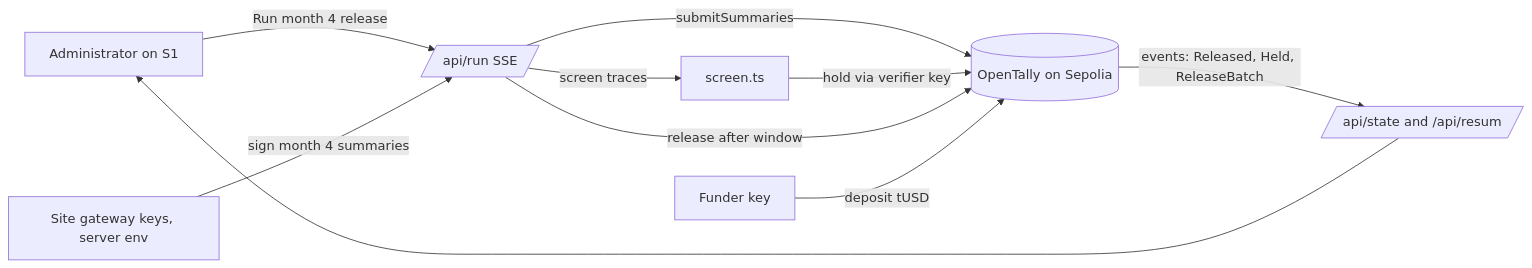
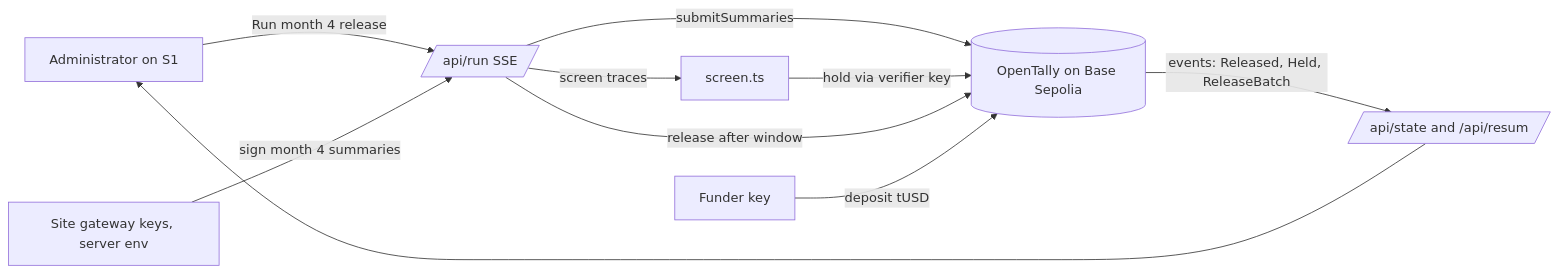
Before and after one commit to itssaharsh/opentally: the diagram in ARCHITECTURE.md, drawn with Mermaid. The commit also changed other lines of this file and 8 other files, not shown here.

Commit message:
Move the target network to Base Sepolia: Sepolia's code pricing puts the factory over the per-transaction gas cap

````diff
--- a/ARCHITECTURE.md
+++ b/ARCHITECTURE.md
@@ -19,12 +19,12 @@
 ```mermaid
 flowchart LR
   A[Administrator on S1] -->|Run month 4 release| R[/api/run SSE/]
   G[Site gateway keys, server env] -->|sign month 4 summaries| R
-  R -->|submitSummaries| C[(OpenTally on Sepolia)]
+  R -->|submitSummaries| C[(OpenTally on Base Sepolia)]
   R -->|screen traces| S[screen.ts]
   S -->|hold via verifier key| C
   R -->|release after window| C
   C -->|events: Released, Held, ReleaseBatch| W[/api/state and /api/resum/]
   W --> A
   F[Funder key] -->|deposit tUSD| C
 ```
````
